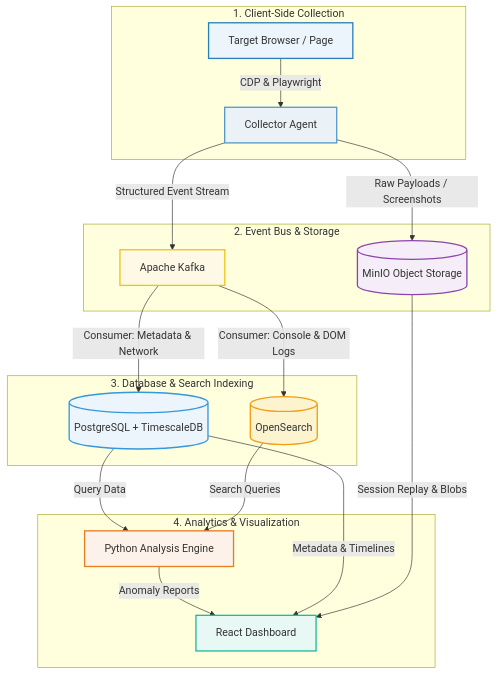
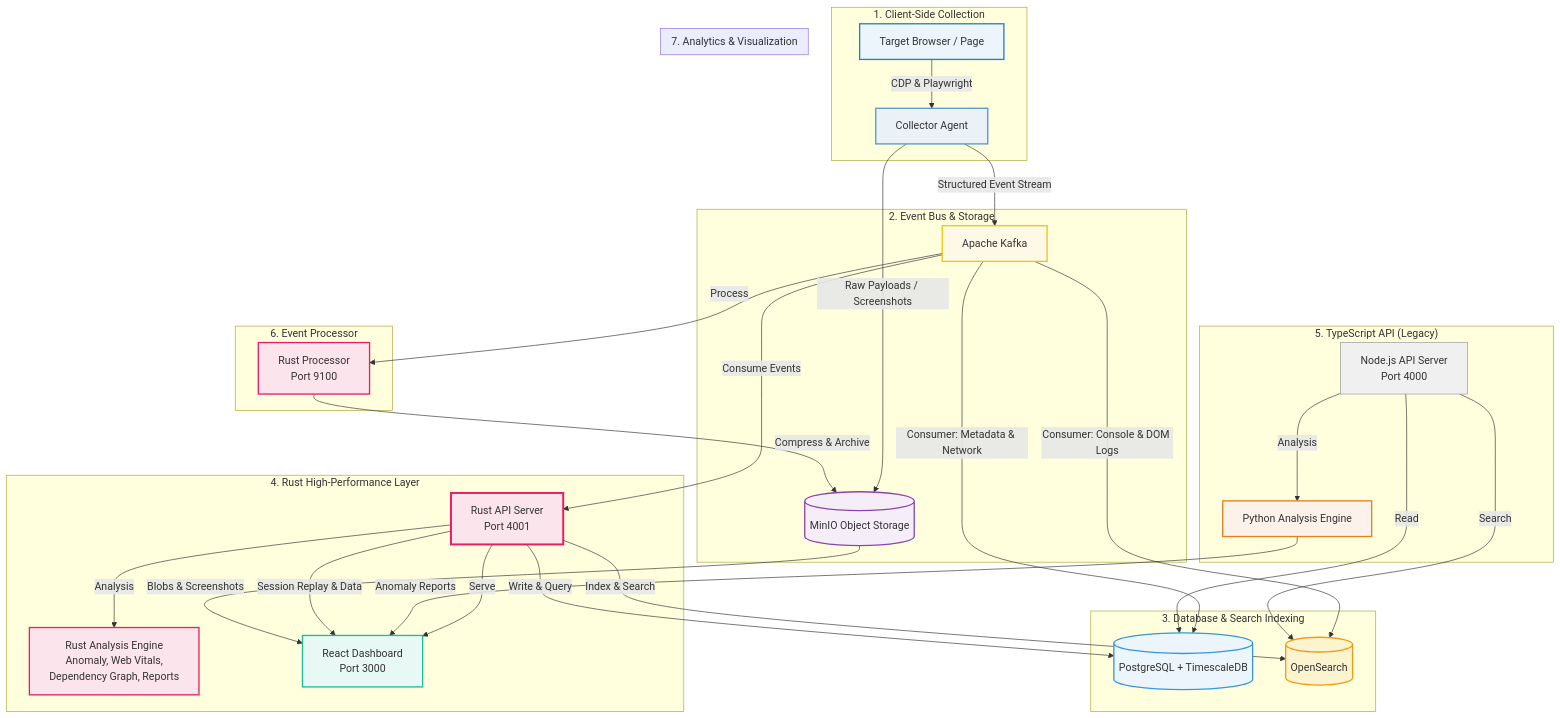
Before and after one commit to X0Riii/observability-platform: the diagram in README.md, drawn with Mermaid. The commit also changed other lines of this file, not shown here.

Commit message:
Update README: add Rust API/processor, architecture diagram, benchmarks, API docs

````diff
--- a/README.md
+++ b/README.md
@@ -30,37 +32,54 @@
 ```mermaid
 graph TD
     subgraph Client ["1. Client-Side Collection"]
         Browser[Target Browser / Page] -->|CDP & Playwright| Collector[Collector Agent]
     end
 
     subgraph Pipeline ["2. Event Bus & Storage"]
         Collector -->|Structured Event Stream| Kafka[Apache Kafka]
         Collector -->|Raw Payloads / Screenshots| MinIO[(MinIO Object Storage)]
     end
 
     subgraph Indexing ["3. Database & Search Indexing"]
         Kafka -->|Consumer: Metadata & Network| PG[(PostgreSQL + TimescaleDB)]
         Kafka -->|Consumer: Console & DOM Logs| OS[(OpenSearch)]
     end
 
-    subgraph Processing ["4. Analytics & Visualization"]
-        PG -->|Query Data| Analysis[Python Analysis Engine]
-        OS -->|Search Queries| Analysis
-        Analysis -->|Anomaly Reports| Dash[React Dashboard]
-        PG -->|Metadata & Timelines| Dash
-        MinIO -->|Session Replay & Blobs| Dash
+    subgraph Rust ["4. Rust High-Performance Layer"]
+        Kafka -->|Consume Events| RustAPI[Rust API Server<br/>Port 4001]
+        RustAPI -->|Write & Query| PG
+        RustAPI -->|Index & Search| OS
+        RustAPI -->|Analysis| AnalysisRust[Rust Analysis Engine<br/>Anomaly, Web Vitals,<br/>Dependency Graph, Reports]
+        RustAPI -->|Serve| Dash
     end
 
-    %% Style definition
+    subgraph Node ["5. TypeScript API (Legacy)"]
+        NodeAPI[Node.js API Server<br/>Port 4000] -->|Read| PG
+        NodeAPI -->|Search| OS
+        NodeAPI -->|Analysis| PyAnalysis[Python Analysis Engine]
+    end
+
+    subgraph Processing ["6. Event Processor"]
+        Kafka -->|Process| RustProc[Rust Processor<br/>Port 9100]
+        RustProc -->|Compress & Archive| MinIO
+    end
+
+    subgraph Analytics ["7. Analytics & Visualization"]
+        PyAnalysis -->|Anomaly Reports| Dash[React Dashboard<br/>Port 3000]
+        RustAPI -->|Session Replay & Data| Dash
+        MinIO -->|Blobs & Screenshots| Dash
+    end
+
     style Browser fill:#ebf5fb,stroke:#2980b9,stroke-width:2px
     style Collector fill:#eaf2f8,stroke:#5499c7,stroke-width:2px
-    
     style Kafka fill:#fef9e7,stroke:#f1c40f,stroke-width:2px
     style MinIO fill:#f5eef8,stroke:#8e44ad,stroke-width:2px
-    
     style PG fill:#ebf5fb,stroke:#3498db,stroke-width:2px
     style OS fill:#fcf3cf,stroke:#f39c12,stroke-width:2px
-    
-    style Analysis fill:#fdf2e9,stroke:#e67e22,stroke-width:2px
+    style RustAPI fill:#fce4ec,stroke:#e91e63,stroke-width:3px
+    style AnalysisRust fill:#fce4ec,stroke:#e91e63,stroke-width:2px
+    style RustProc fill:#fce4ec,stroke:#e91e63,stroke-width:2px
+    style NodeAPI fill:#f0f0f0,stroke:#999,stroke-width:1px
+    style PyAnalysis fill:#fdf2e9,stroke:#e67e22,stroke-width:2px
     style Dash fill:#e8f8f5,stroke:#1abc9c,stroke-width:2px
 ```
````
